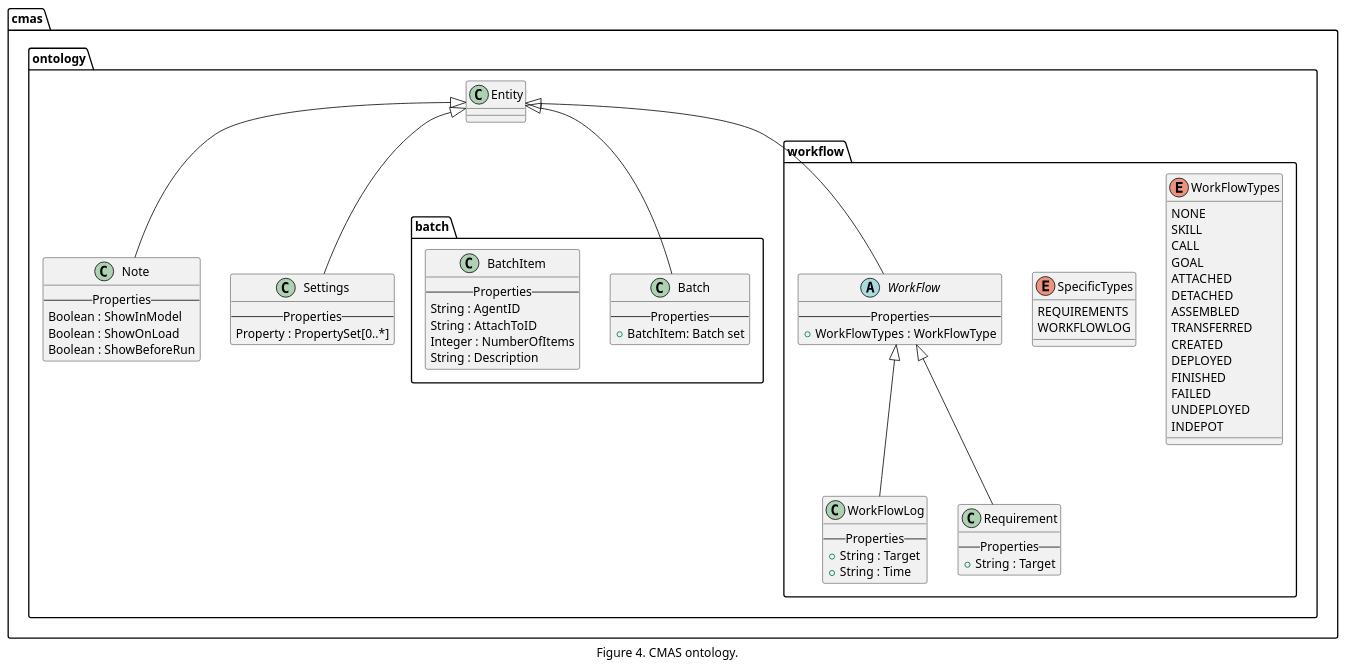
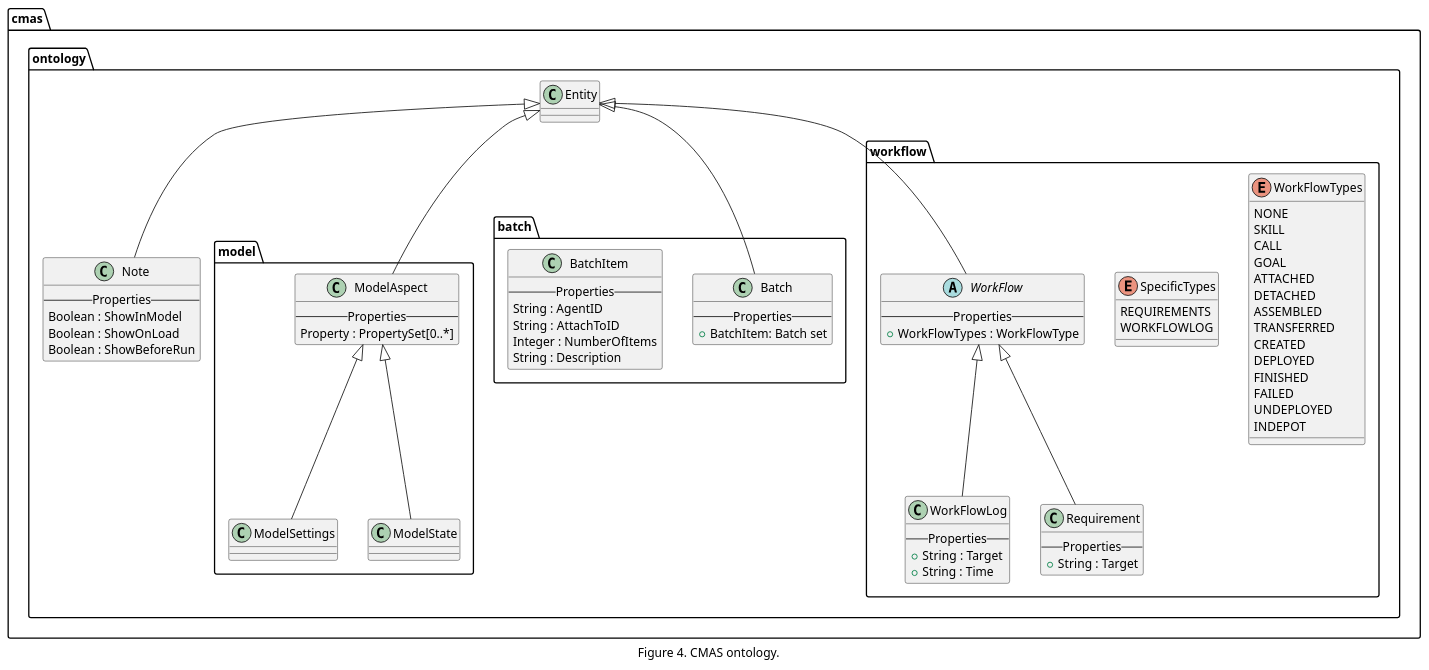
One commit to UniversityWest-IndustrialAutomation/CMAS changed the fifth of 9 diagrams in docs/inline_umlgraph_pnghtml.pu. Above: the diagram before and after it, drawn with PlantUML. The commit also changed other lines of this file and 849 other files, not shown here.

```diff
--- a/docs/inline_umlgraph_pnghtml.pu
+++ b/docs/inline_umlgraph_pnghtml.pu
@@ -377,75 +385,83 @@
-@startuml inline_umlgraph_6.png
+@startuml inline_umlgraph_5.png
 caption Figure 4. CMAS ontology.
 
 package cmas {
     package ontology {
         class Note extends cmas.ontology.Entity {
             -- Properties --
             Boolean : ShowInModel
             Boolean : ShowOnLoad
             Boolean : ShowBeforeRun
+        }       
+    }
+    
+        package ontology.model {        
+            class ModelAspect extends cmas.ontology.Entity {
+                -- Properties --
+                Property : PropertySet[0..*]
+            }
+            
+            class ModelSettings extends ModelAspect {
+            }
+    
+            class ModelState extends ModelAspect {
+            }   
         }
-        
-        class Settings extends cmas.ontology.Entity {
-            -- Properties --
-            Property : PropertySet[0..*]
-        }   
-    }
-
-    package ontology.batch {
-        class Batch extends cmas.ontology.Entity {
-            -- Properties --
-            +BatchItem: Batch set
+    
+        package ontology.batch {
+            class Batch extends cmas.ontology.Entity {
+                -- Properties --
+                +BatchItem: Batch set
+            }
+    
+            class BatchItem {
+                -- Properties --
+                String : AgentID    
+                String : AttachToID
+                Integer : NumberOfItems
+                String : Description
+            }   
         }
-
-        class BatchItem {
-            -- Properties --
-            String : AgentID    
-            String : AttachToID
-            Integer : NumberOfItems
-            String : Description
-        }   
-    }
 
     package ontology.workflow {
         enum WorkFlowTypes { 
             NONE
             SKILL
             CALL
             GOAL
             ATTACHED
             DETACHED
             ASSEMBLED
             TRANSFERRED
             CREATED
             DEPLOYED
             FINISHED
             FAILED
             UNDEPLOYED
             INDEPOT
         }
         
         enum SpecificTypes { 
         REQUIREMENTS 
         WORKFLOWLOG 
         
         }
         
         abstract class WorkFlow extends cmas.ontology.Entity {
             -- Properties --
             +WorkFlowTypes : WorkFlowType
         }
         
         class WorkFlowLog extends WorkFlow {
             -- Properties --
             +String : Target
             +String : Time 
         }
         
         class Requirement extends WorkFlow {
             -- Properties --
             +String : Target
         }
     }
 }
 @enduml
```
